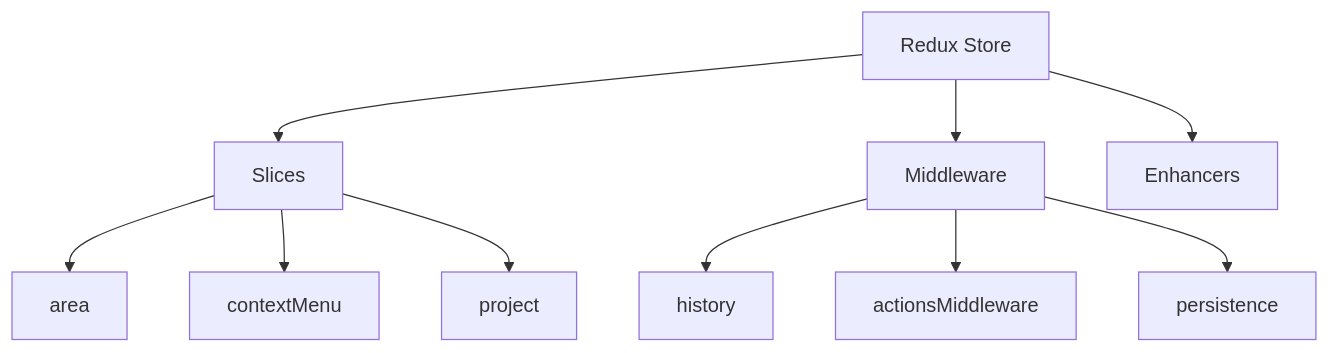
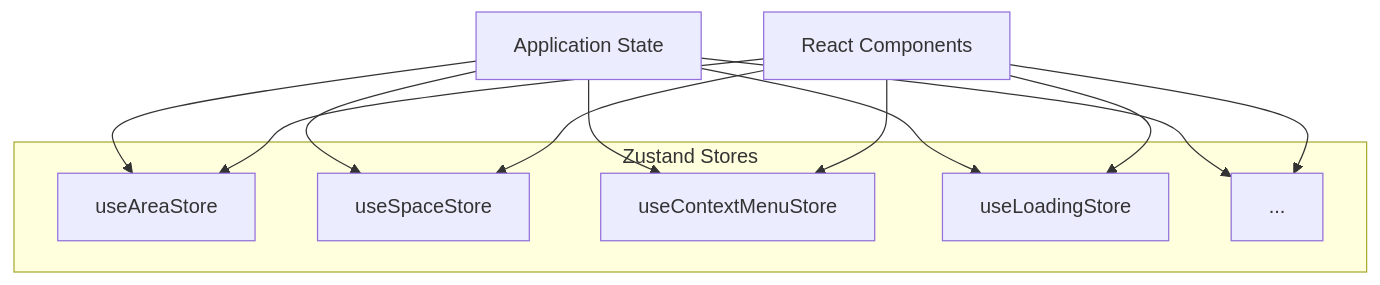
The diagram in docs/architecture/store.md (yannloosli/karmyc), drawn with Mermaid before and after one commit. The commit also changed other lines of this file and 103 other files, not shown here.

````diff
--- a/docs/architecture/store.md
+++ b/docs/architecture/store.md
@@ -9,14 +9,22 @@
 ```mermaid
 graph TD
-    A[Redux Store] --> B[Slices]
-    A --> C[Middleware]
-    A --> D[Enhancers]
-    
-    B --> E[area]
-    B --> F[contextMenu]
-    B --> G[project]
-    
-    C --> H[history]
-    C --> I[actionsMiddleware]
-    C --> J[persistence]
+    A[Application State] --> B[useAreaStore]
+    A --> C[useSpaceStore]
+    A --> D[useContextMenuStore]
+    A --> F[useLoadingStore]
+    A --> G[...]
+
+    subgraph Zustand Stores
+        B
+        C
+        D
+        F
+        G
+    end
+
+    H[React Components] --> B
+    H --> C
+    H --> D
+    H --> F
+    H --> G
 ```
````
